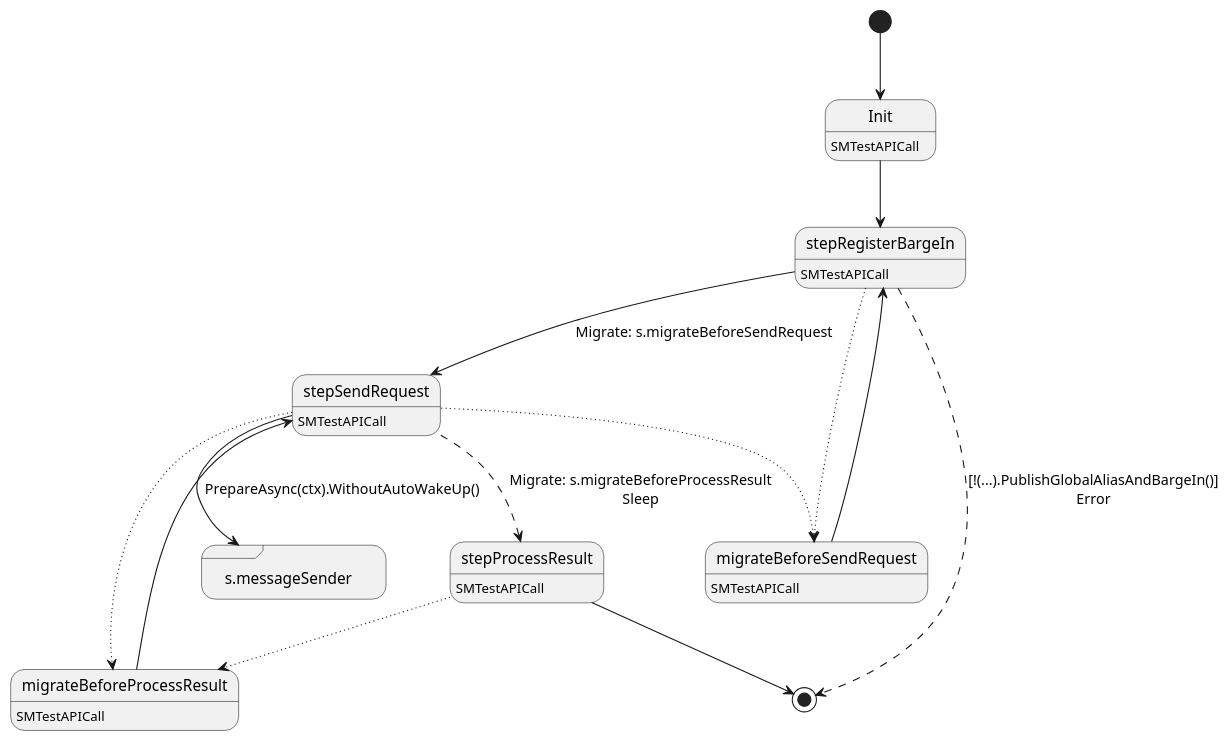
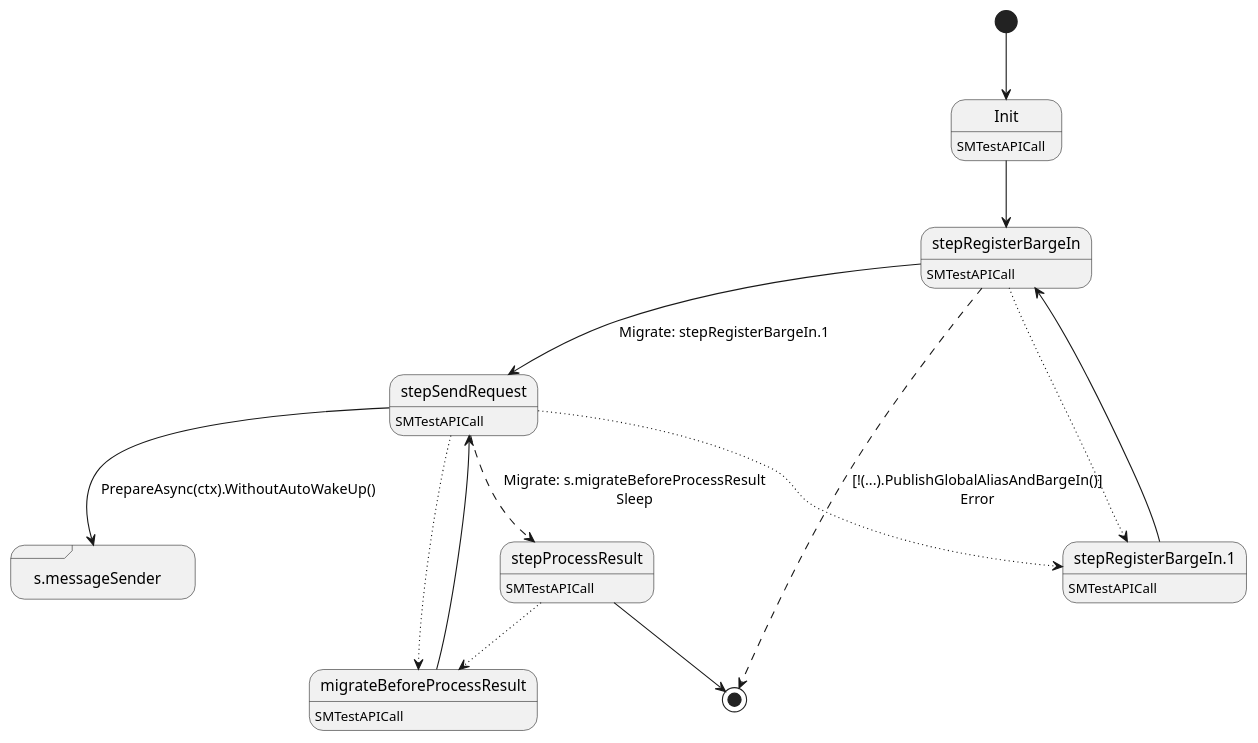
Before and after one commit to insolar/assured-ledger: the diagram in ledger-core/application/testwalletapi/statemachine/statemachine.plantuml, drawn with PlantUML. The commit also changed 2 other files, not shown here.

```diff
--- a/ledger-core/application/testwalletapi/statemachine/statemachine.plantuml
+++ b/ledger-core/application/testwalletapi/statemachine/statemachine.plantuml
@@ -1,28 +1,28 @@
 @startuml
 state "Init" as T00_S001
 T00_S001 : SMTestAPICall
 [*] --> T00_S001
 T00_S001 --> T00_S002
 state "migrateBeforeProcessResult" as T00_S006
 T00_S006 : SMTestAPICall
 T00_S006 --> T00_S004
-state "migrateBeforeSendRequest" as T00_S003
-T00_S003 : SMTestAPICall
-T00_S003 --> T00_S002
 state "s.messageSender" as T00_S005 <<sdlreceive>>
 state "stepProcessResult" as T00_S007
 T00_S007 : SMTestAPICall
 T00_S007 --[dotted]> T00_S006
 T00_S007 --> [*]
 state "stepRegisterBargeIn" as T00_S002
 T00_S002 : SMTestAPICall
 T00_S002 --[dotted]> T00_S003
 T00_S002 --[dashed]> [*] : [!(...).PublishGlobalAliasAndBargeIn()]\nError
-T00_S002 --> T00_S004 : Migrate: s.migrateBeforeSendRequest
+T00_S002 --> T00_S004 : Migrate: stepRegisterBargeIn.1
+state "stepRegisterBargeIn.1" as T00_S003
+T00_S003 : SMTestAPICall
+T00_S003 --> T00_S002
 state "stepSendRequest" as T00_S004
 T00_S004 : SMTestAPICall
 T00_S004 --[dotted]> T00_S006
 T00_S004 --[dotted]> T00_S003
 T00_S004 --> T00_S005 : PrepareAsync(ctx).WithoutAutoWakeUp()
 T00_S004 --[dashed]> T00_S007 : Migrate: s.migrateBeforeProcessResult\nSleep
 @enduml
```
